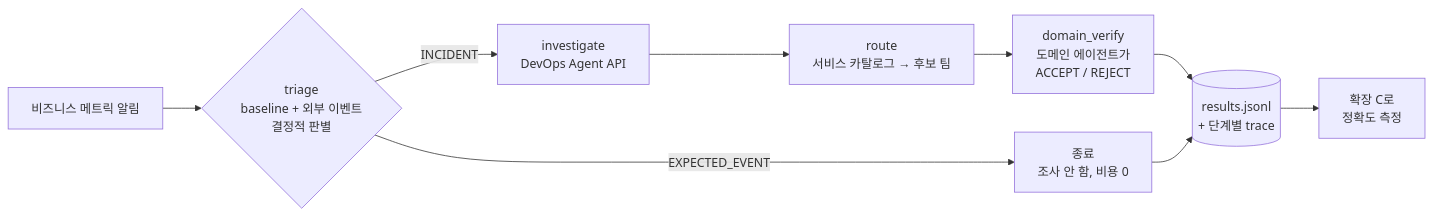
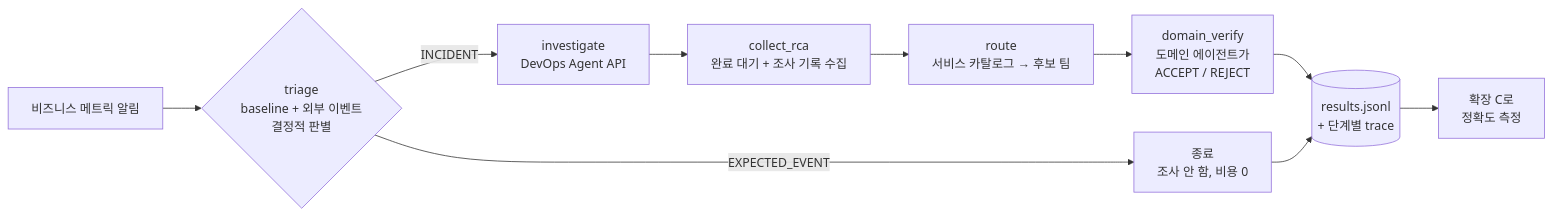
The diagram in docs/part2/ext-router.md (hsr87/devops-agent-workshop-kr), drawn with Mermaid before and after one commit. The commit also changed other lines of this file, not shown here.

Commit message:
Router lab: spell out exact module paths for each node, add collect_rca

````diff
--- a/docs/part2/ext-router.md
+++ b/docs/part2/ext-router.md
@@ -11,11 +11,12 @@
 ```mermaid
 flowchart LR
   A[비즈니스 메트릭 알림] --> T{triage<br/>baseline + 외부 이벤트<br/>결정적 판별}
   T -- EXPECTED_EVENT --> X[종료<br/>조사 안 함, 비용 0]
   T -- INCIDENT --> I[investigate<br/>DevOps Agent API]
-  I --> R[route<br/>서비스 카탈로그 → 후보 팀]
+  I --> C[collect_rca<br/>완료 대기 + 조사 기록 수집]
+  C --> R[route<br/>서비스 카탈로그 → 후보 팀]
   R --> V[domain_verify<br/>도메인 에이전트가<br/>ACCEPT / REJECT]
   V --> O[(results.jsonl<br/>+ 단계별 trace)]
   X --> O
   O --> E[확장 C로<br/>정확도 측정]
 ```
````
